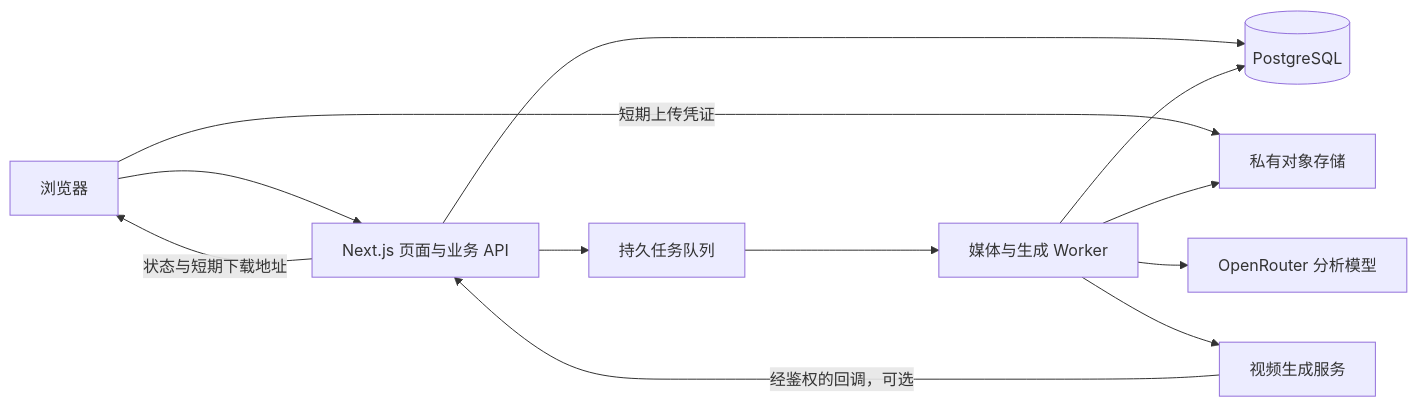
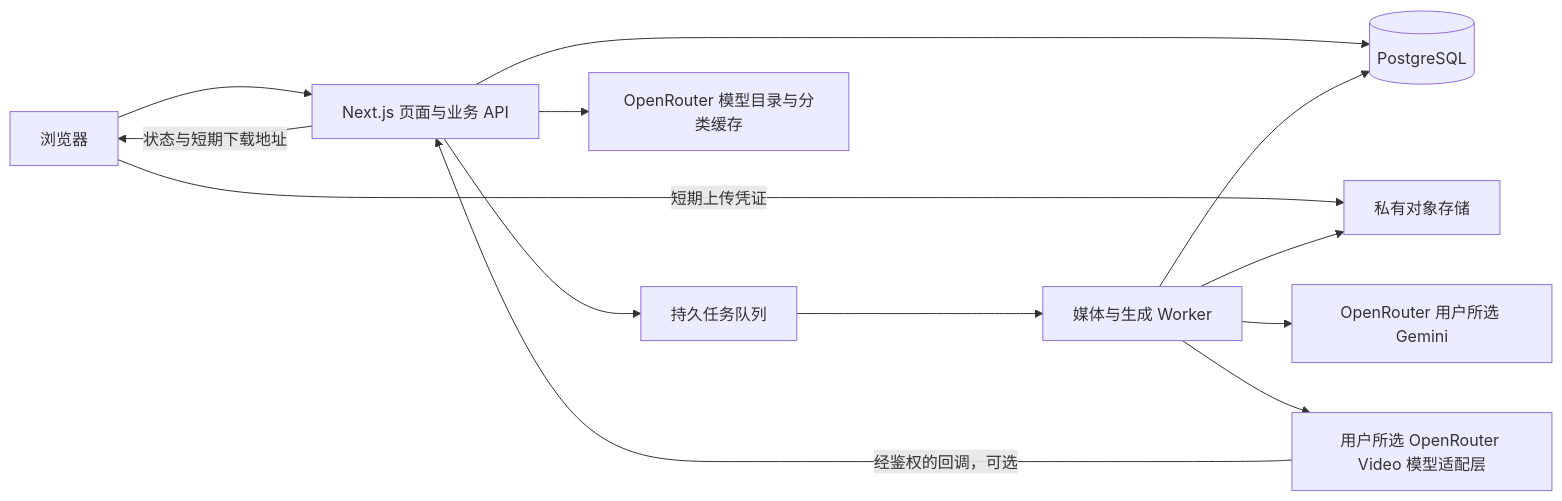
Before and after one commit to EthanYin-0701/jb-air-team-demo: the diagram in plans/04-architecture.md, drawn with Mermaid. The commit also changed other lines of this file and 7 other files, not shown here.

Commit message:
Implement dual model selection from OpenRouter catalog

````diff
--- a/plans/04-architecture.md
+++ b/plans/04-architecture.md
@@ -11,14 +11,15 @@
 ```mermaid
 flowchart LR
   U[浏览器] --> N[Next.js 页面与业务 API]
   U -->|短期上传凭证| S[私有对象存储]
   N --> D[(PostgreSQL)]
   N --> Q[持久任务队列]
   Q --> W[媒体与生成 Worker]
   W --> S
-  W --> O[OpenRouter 分析模型]
-  W --> V[视频生成服务]
+  N --> C[OpenRouter 模型目录与分类缓存]
+  W --> O[OpenRouter 用户所选 Gemini]
+  W --> V[用户所选 OpenRouter Video 模型适配层]
   V -->|经鉴权的回调，可选| N
   N -->|状态与短期下载地址| U
   W --> D
 ```
````
